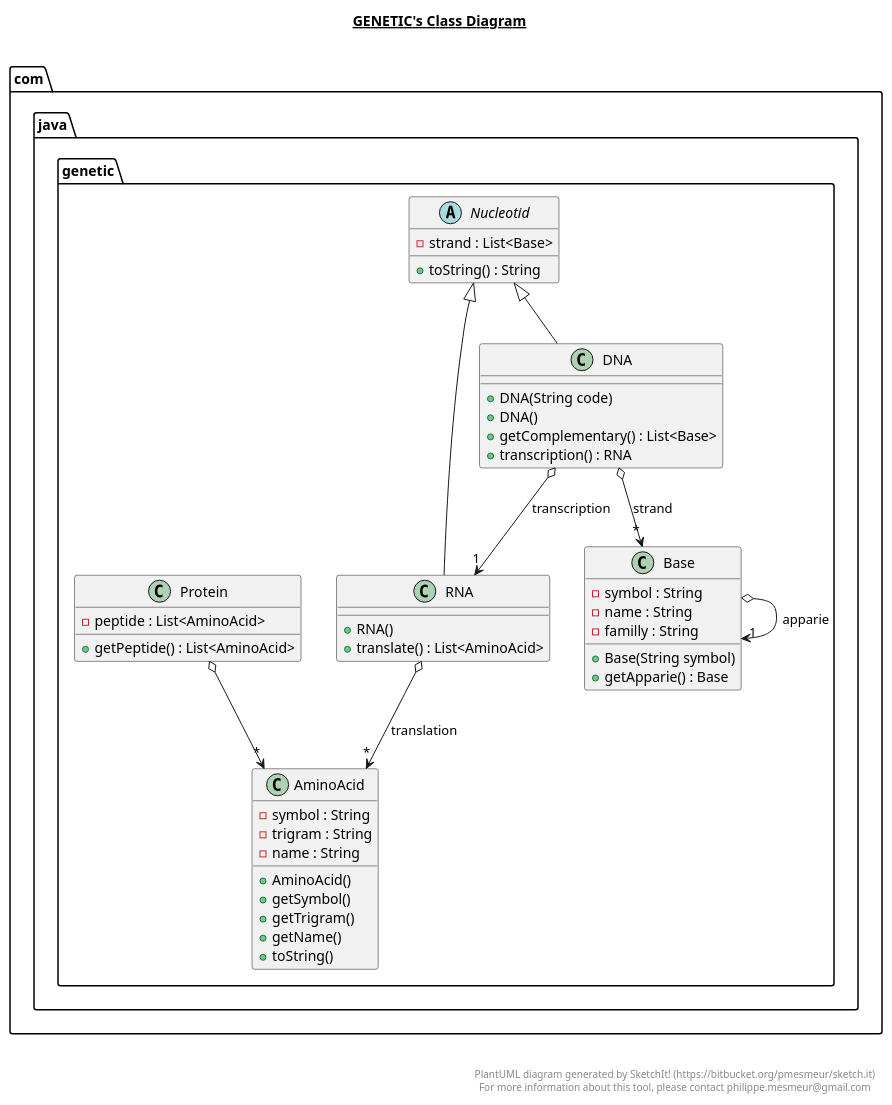
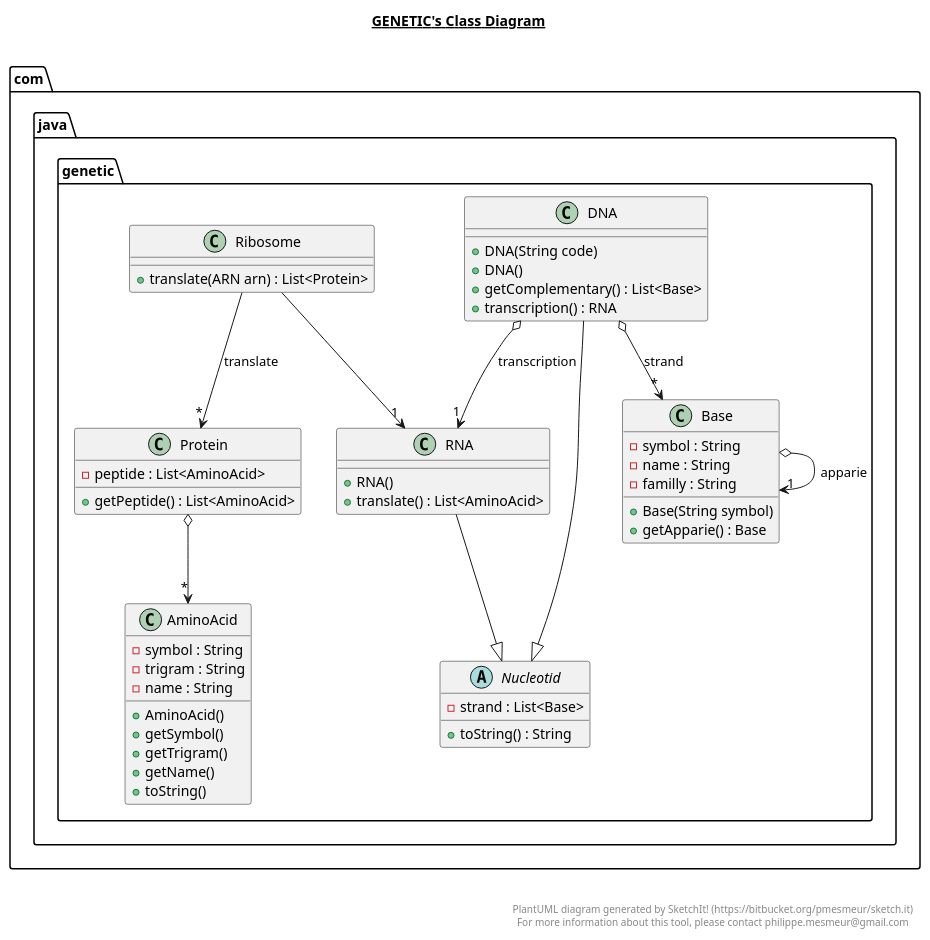
Before and after one commit to florentperillat/POE: the diagram in src/com/java/genetic/genetic.plantuml, drawn with PlantUML. The commit also changed 5 other files, not shown here.

Commit message:
Genetic Peptide & Protein

```diff
--- a/src/com/java/genetic/genetic.plantuml
+++ b/src/com/java/genetic/genetic.plantuml
@@ -1,79 +1,84 @@
 @startuml
 
 title __GENETIC's Class Diagram__\n
 
   package com.java.genetic {
       class RNA {
           + RNA()
           + translate() : List<AminoAcid>
       }
   }
 
 
   package com.java.genetic {
       class AminoAcid {
           - symbol : String
           - trigram : String
           - name : String
           + AminoAcid()
           + getSymbol()
           + getTrigram()
           + getName()
           + toString()
     }
   }
 
 
   package com.java.genetic {
       class Base {
           - symbol : String
           - name : String
           - familly : String
           + Base(String symbol)
           + getApparie() : Base
     }
   }
 
 
   package com.java.genetic {
       class DNA {
           + DNA(String code)
           + DNA()
           + getComplementary() : List<Base>
           + transcription() : RNA
     }
   }
 
     package com.java.genetic {
         abstract class Nucleotid {
             - strand : List<Base>
             + toString() : String
       }
     }
 
       package com.java.genetic {
           class Protein {
             - peptide : List<AminoAcid>
             + getPeptide() : List<AminoAcid>
     }
+      package com.java.genetic {
+          class Ribosome {
+            + translate(ARN arn) : List<Protein>
+    }
 }
 
   Base o--> "1" Base : apparie
   DNA o--> "*" Base : strand
   DNA o--> "1" RNA : transcription
-  RNA o--> "*" AminoAcid : translation
   Protein o--> "*" AminoAcid
-  Nucleotid <|-- DNA
-  Nucleotid <|-- RNA
+  Nucleotid <|-up- DNA
+  Nucleotid <|-up- RNA
+  Ribosome --> "1" RNA
+  Ribosome --> "*" Protein : translate
 
 
 
 
 right footer
 
 
 PlantUML diagram generated by SketchIt! (https://bitbucket.org/pmesmeur/sketch.it)
 For more information about this tool, please contact philippe.mesmeur@gmail.com
 endfooter
 
 @enduml
```
